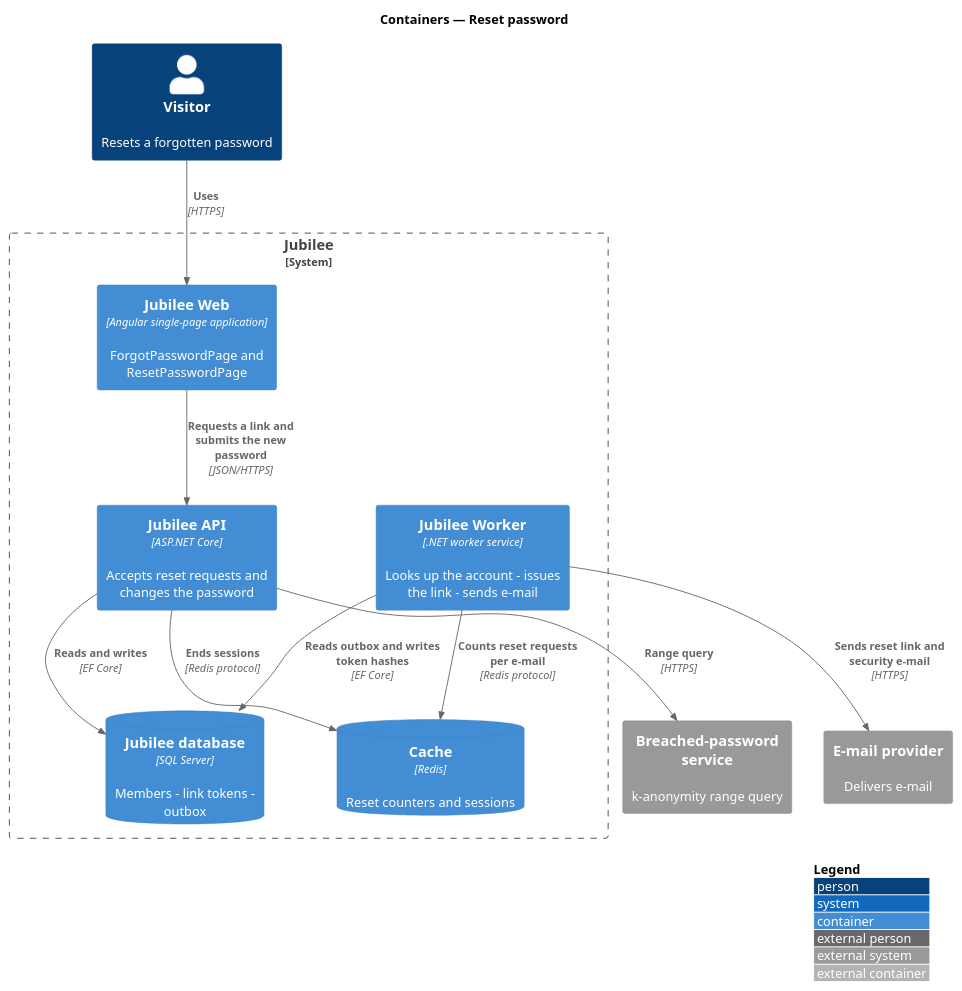
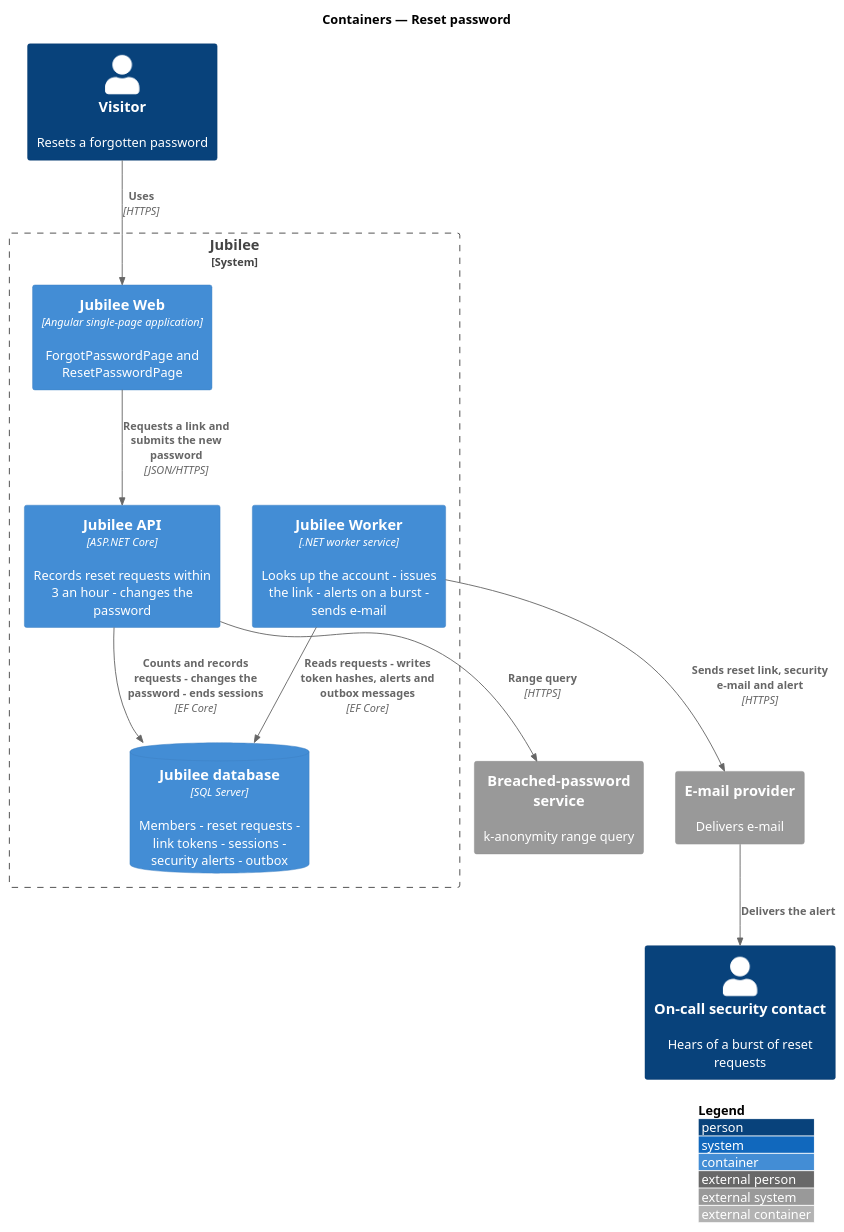
Before and after one commit to QuinntyneBrown/jubilee: the diagram in docs/detailed-designs/accounts/reset-password/diagrams/c4-container.puml, drawn with PlantUML. The commit also changed 17 other files, not shown here.

First line of the commit message:
Journey 18: requirements, ADR 0064 and designs for the reset limit, token logs, timing and burst alert

```diff
--- a/docs/detailed-designs/accounts/reset-password/diagrams/c4-container.puml
+++ b/docs/detailed-designs/accounts/reset-password/diagrams/c4-container.puml
@@ -1,25 +1,24 @@
 @startuml
 !include <C4/C4_Container>
 LAYOUT_WITH_LEGEND()
 title Containers — Reset password
 
 Person(visitor, "Visitor", "Resets a forgotten password")
+Person(oncall, "On-call security contact", "Hears of a burst of reset requests")
 System_Boundary(jubilee, "Jubilee") {
   Container(web, "Jubilee Web", "Angular single-page application", "ForgotPasswordPage and ResetPasswordPage")
-  Container(api, "Jubilee API", "ASP.NET Core", "Accepts reset requests and changes the password")
-  Container(worker, "Jubilee Worker", ".NET worker service", "Looks up the account - issues the link - sends e-mail")
-  ContainerDb(db, "Jubilee database", "SQL Server", "Members - link tokens - outbox")
-  ContainerDb(cache, "Cache", "Redis", "Reset counters and sessions")
+  Container(api, "Jubilee API", "ASP.NET Core", "Records reset requests within 3 an hour - changes the password")
+  Container(worker, "Jubilee Worker", ".NET worker service", "Looks up the account - issues the link - alerts on a burst - sends e-mail")
+  ContainerDb(db, "Jubilee database", "SQL Server", "Members - reset requests - link tokens - sessions - security alerts - outbox")
 }
 System_Ext(email, "E-mail provider", "Delivers e-mail")
 System_Ext(breach, "Breached-password service", "k-anonymity range query")
 
 Rel(visitor, web, "Uses", "HTTPS")
 Rel(web, api, "Requests a link and submits the new password", "JSON/HTTPS")
-Rel(api, db, "Reads and writes", "EF Core")
-Rel(api, cache, "Ends sessions", "Redis protocol")
+Rel(api, db, "Counts and records requests - changes the password - ends sessions", "EF Core")
 Rel(api, breach, "Range query", "HTTPS")
-Rel(worker, db, "Reads outbox and writes token hashes", "EF Core")
-Rel(worker, cache, "Counts reset requests per e-mail", "Redis protocol")
-Rel(worker, email, "Sends reset link and security e-mail", "HTTPS")
+Rel(worker, db, "Reads requests - writes token hashes, alerts and outbox messages", "EF Core")
+Rel(worker, email, "Sends reset link, security e-mail and alert", "HTTPS")
+Rel(email, oncall, "Delivers the alert")
 @enduml
```
